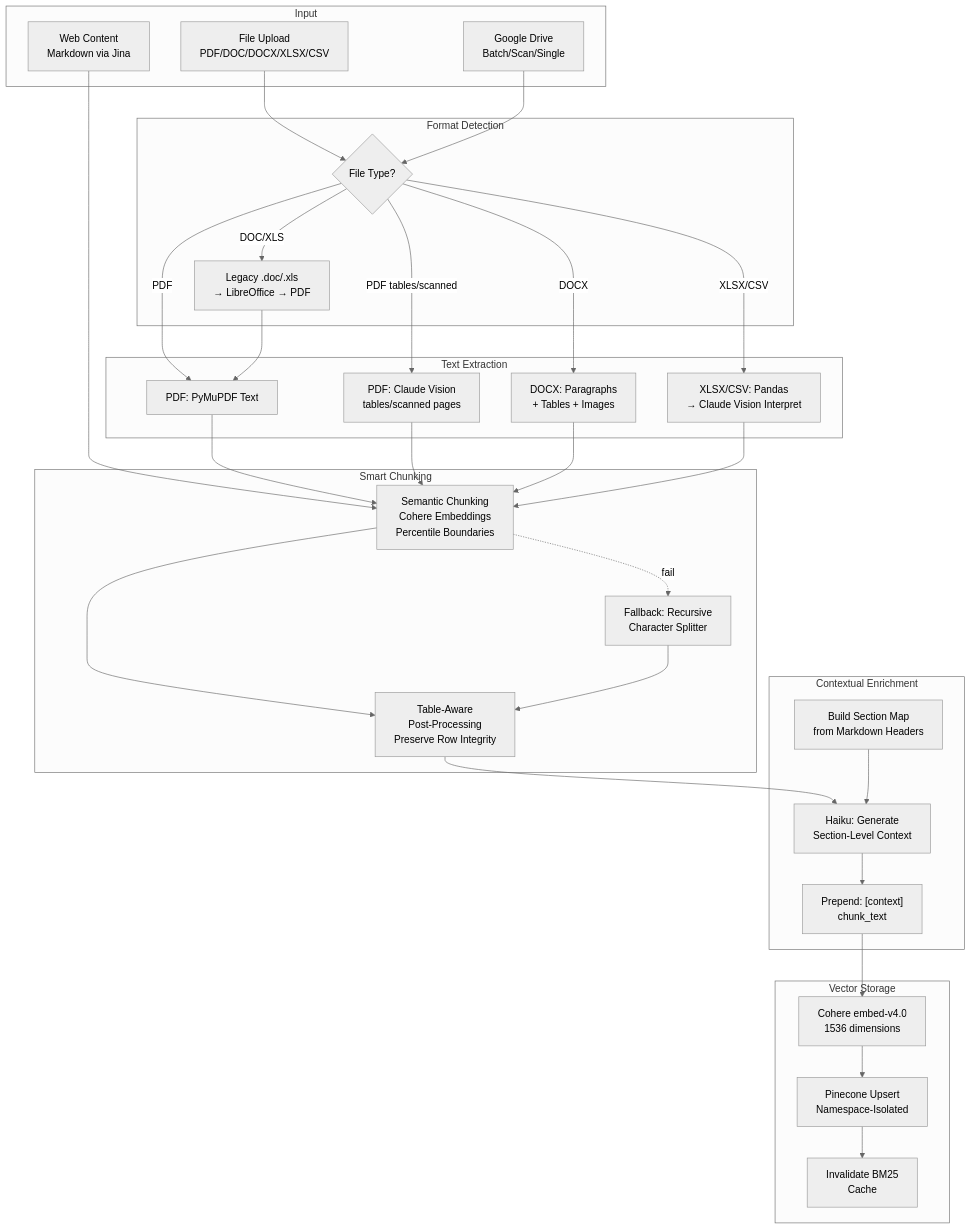
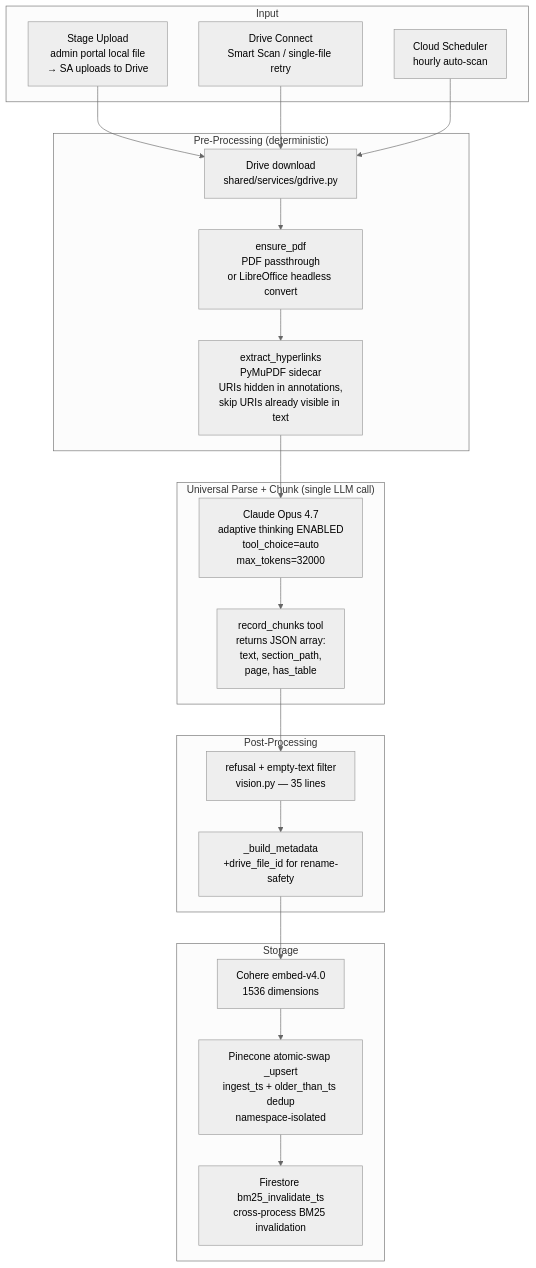
One commit to Kurkool/cutip-rag-chatbot changed the fourth of 10 diagrams in docs/architecture.md. Above: the diagram before and after it, drawn with Mermaid (neutral theme). The commit also changed other lines of this file and 4 other files, not shown here.

````diff
--- a/docs/architecture.md
+++ b/docs/architecture.md
@@ -200,58 +210,35 @@
 ```mermaid
 flowchart TD
     subgraph Input
-        UPLOAD[File Upload<br/>PDF/DOC/DOCX/XLSX/CSV]
-        GDRIVE[Google Drive<br/>Batch/Scan/Single]
-        WEB[Web Content<br/>Markdown via Jina]
+        STAGE[Stage Upload<br/>admin portal local file<br/>→ SA uploads to Drive]
+        CONNECT[Drive Connect<br/>Smart Scan / single-file retry]
+        AUTOSCAN[Cloud Scheduler<br/>hourly auto-scan]
     end
 
-    subgraph "Format Detection"
-        DET{File Type?}
-        LEGACY[Legacy .doc/.xls<br/>→ LibreOffice → PDF]
+    subgraph "Pre-Processing (deterministic)"
+        DOWNLOAD[Drive download<br/>shared/services/gdrive.py]
+        ENSURE[ensure_pdf<br/>PDF passthrough<br/>or LibreOffice headless convert]
+        LINKS[extract_hyperlinks<br/>PyMuPDF sidecar<br/>URIs hidden in annotations,<br/>skip URIs already visible in text]
     end
 
-    subgraph "Text Extraction"
-        PDF_EXT[PDF: PyMuPDF Text]
-        PDF_VIS[PDF: Claude Vision<br/>tables/scanned pages]
-        DOCX_EXT[DOCX: Paragraphs<br/>+ Tables + Images]
-        XLSX_EXT[XLSX/CSV: Pandas<br/>→ Claude Vision Interpret]
+    subgraph "Universal Parse + Chunk (single LLM call)"
+        OPUS_CALL[Claude Opus 4.7<br/>adaptive thinking ENABLED<br/>tool_choice=auto<br/>max_tokens=32000]
+        TOOL[record_chunks tool<br/>returns JSON array:<br/>text, section_path,<br/>page, has_table]
     end
 
-    subgraph "Smart Chunking"
-        SEM[Semantic Chunking<br/>Cohere Embeddings<br/>Percentile Boundaries]
-        TAB[Table-Aware<br/>Post-Processing<br/>Preserve Row Integrity]
-        FALL[Fallback: Recursive<br/>Character Splitter]
+    subgraph "Post-Processing"
+        FILT[refusal + empty-text filter<br/>vision.py — 35 lines]
+        META[_build_metadata<br/>+drive_file_id for rename-safety]
     end
 
-    subgraph "Contextual Enrichment"
-        SEC[Build Section Map<br/>from Markdown Headers]
-        CTX[Haiku: Generate<br/>Section-Level Context]
-        PRE["Prepend: [context]\nchunk_text"]
+    subgraph "Storage"
+        EMB[Cohere embed-v4.0<br/>1536 dimensions]
+        UPS[Pinecone atomic-swap _upsert<br/>ingest_ts + older_than_ts dedup<br/>namespace-isolated]
+        BM25_INV[Firestore bm25_invalidate_ts<br/>cross-process BM25 invalidation]
     end
 
-    subgraph "Vector Storage"
-        EMB[Cohere embed-v4.0<br/>1536 dimensions]
-        UPS[Pinecone Upsert<br/>Namespace-Isolated]
-        BM25_INV[Invalidate BM25<br/>Cache]
-    end
-
-    UPLOAD --> DET
-    GDRIVE --> DET
-    WEB --> SEM
-
-    DET -->|PDF| PDF_EXT
-    DET -->|PDF tables/scanned| PDF_VIS
-    DET -->|DOC/XLS| LEGACY --> PDF_EXT
-    DET -->|DOCX| DOCX_EXT
-    DET -->|XLSX/CSV| XLSX_EXT
-
-    PDF_EXT --> SEM
-    PDF_VIS --> SEM
-    DOCX_EXT --> SEM
-    XLSX_EXT --> SEM
-
-    SEM --> TAB --> CTX
-    SEM -.->|fail| FALL --> TAB
-
-    SEC --> CTX --> PRE --> EMB --> UPS --> BM25_INV
+    STAGE --> DOWNLOAD
+    CONNECT --> DOWNLOAD
+    AUTOSCAN --> DOWNLOAD
+    DOWNLOAD --> ENSURE --> LINKS --> OPUS_CALL --> TOOL --> FILT --> META --> EMB --> UPS --> BM25_INV
 ```
````
